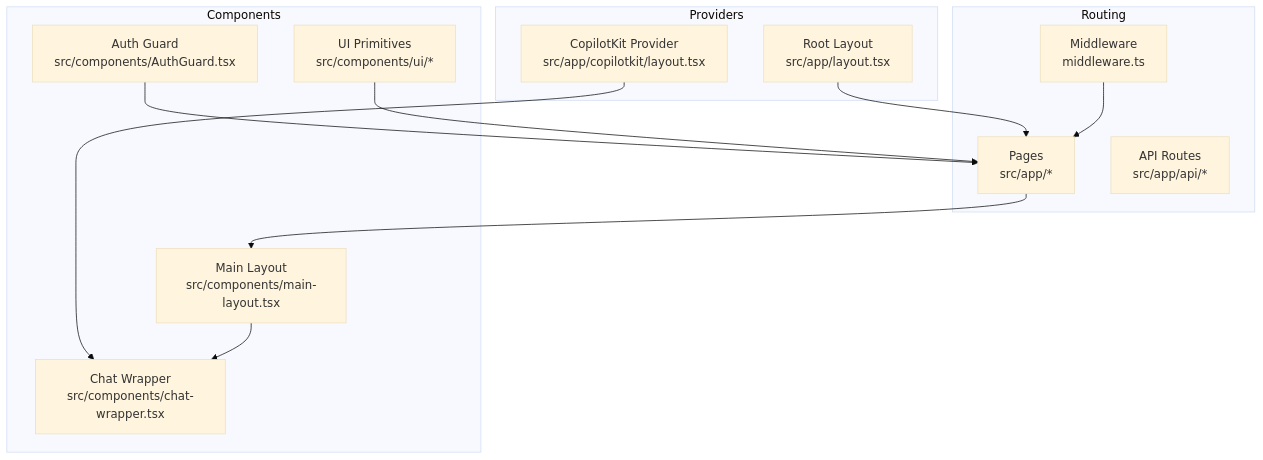
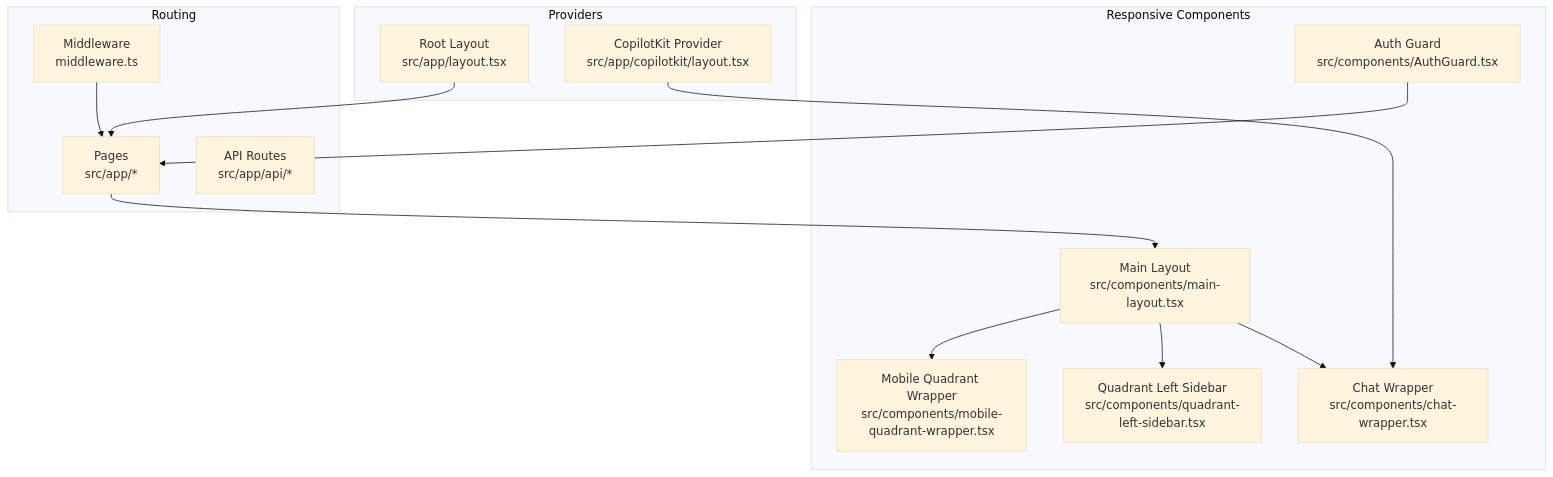
The second of 12 diagrams in .qoder/repowiki/en/content/Frontend Architecture/Frontend Architecture.md (peixuanhu/goal-mate), drawn with Mermaid (base theme) before and after one commit. The commit also changed other lines of this file and 14 other files, not shown here.

First line of the commit message:
feat(layout): enhance main layout with mobile drawer and responsive quadrants

````diff
--- a/.qoder/repowiki/en/content/Frontend Architecture/Frontend Architecture.md
+++ b/.qoder/repowiki/en/content/Frontend Architecture/Frontend Architecture.md
@@ -92,25 +126,27 @@
 ```mermaid
 graph TB
 subgraph "Providers"
 P1["Root Layout<br/>src/app/layout.tsx"]
 P2["CopilotKit Provider<br/>src/app/copilotkit/layout.tsx"]
 end
 subgraph "Routing"
 R1["Pages<br/>src/app/*"]
 R2["API Routes<br/>src/app/api/*"]
 M["Middleware<br/>middleware.ts"]
 end
-subgraph "Components"
+subgraph "Responsive Components"
 C1["Main Layout<br/>src/components/main-layout.tsx"]
-C2["Auth Guard<br/>src/components/AuthGuard.tsx"]
-C3["UI Primitives<br/>src/components/ui/*"]
+C2["Mobile Quadrant Wrapper<br/>src/components/mobile-quadrant-wrapper.tsx"]
+C3["Quadrant Left Sidebar<br/>src/components/quadrant-left-sidebar.tsx"]
 C4["Chat Wrapper<br/>src/components/chat-wrapper.tsx"]
+C5["Auth Guard<br/>src/components/AuthGuard.tsx"]
 end
 P1 --> R1
 P2 --> C4
 M --> R1
 R1 --> C1
+C1 --> C2
+C1 --> C3
 C1 --> C4
-C2 --> R1
-C3 --> R1
+C5 --> R1
 ```
````
